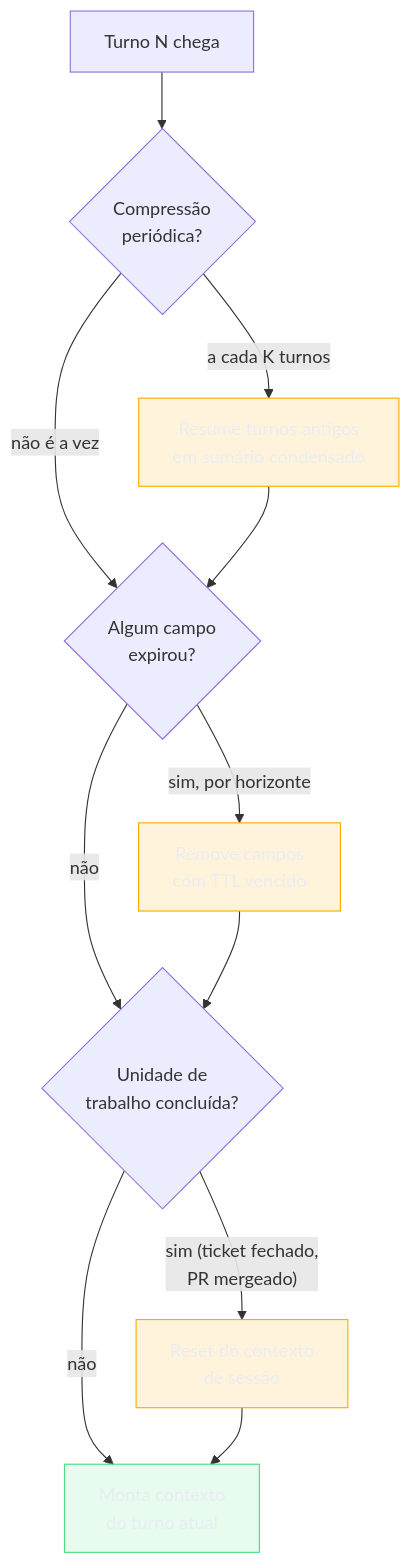
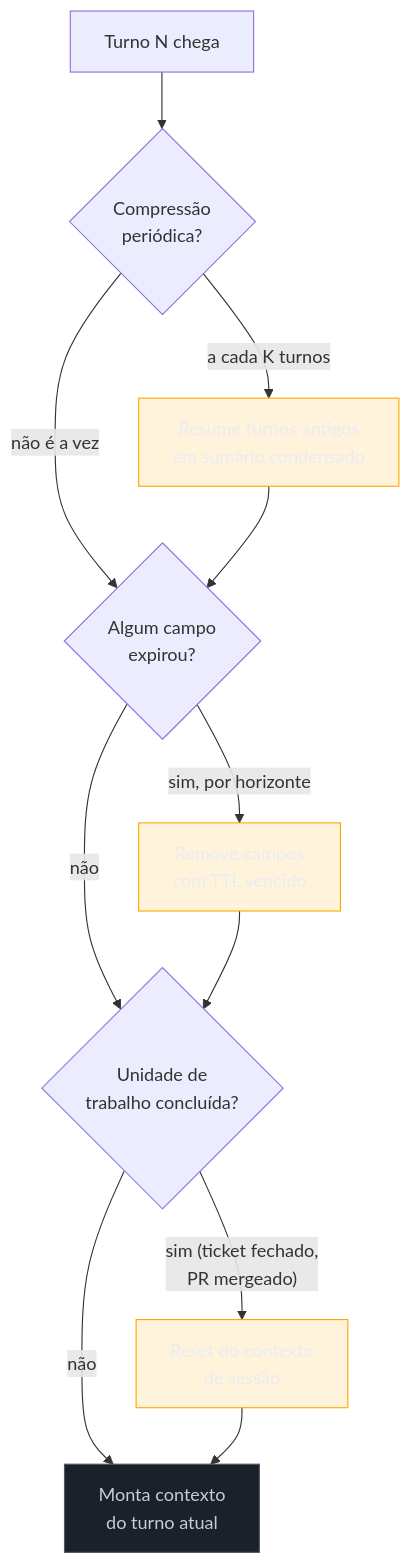
The second of 2 diagrams in 03-Dominios/Tecnologia/IA/AI Engineering Stack/04 - Context Layer.md (josenaldo/codex-technomanticus), drawn with Mermaid before and after one commit. The commit also changed other lines of this file and 601 other files, not shown here.

````diff
--- a/03-Dominios/Tecnologia/IA/AI Engineering Stack/04 - Context Layer.md
+++ b/03-Dominios/Tecnologia/IA/AI Engineering Stack/04 - Context Layer.md
@@ -200,20 +200,20 @@
 ```mermaid
 flowchart TD
+    classDef neutro fill:#1B2029,stroke:#4E5666,color:#C6CCD8
     classDef destaque fill:#FFAA0024,stroke:#FFAA00,color:#E9ECF2
-    classDef ok fill:#4ADE8021,stroke:#4ADE80,color:#E9ECF2
     T["Turno N chega"] --> C{"Compressão\nperiódica?"}
     C -->|"a cada K turnos"| S["Resume turnos antigos\nem sumário condensado"]
     C -->|"não é a vez"| E{"Algum campo\nexpirou?"}
     S --> E
     E -->|"sim, por horizonte"| R["Remove campos\ncom TTL vencido"]
     E -->|"não"| U{"Unidade de\ntrabalho concluída?"}
     R --> U
     U -->|"sim (ticket fechado,\nPR mergeado)"| Z["Reset do contexto\nde sessão"]
     U -->|"não"| M["Monta contexto\ndo turno atual"]
     Z --> M
 
     class S destaque
     class R destaque
     class Z destaque
-    class M ok
+    class M neutro
 ```
````
